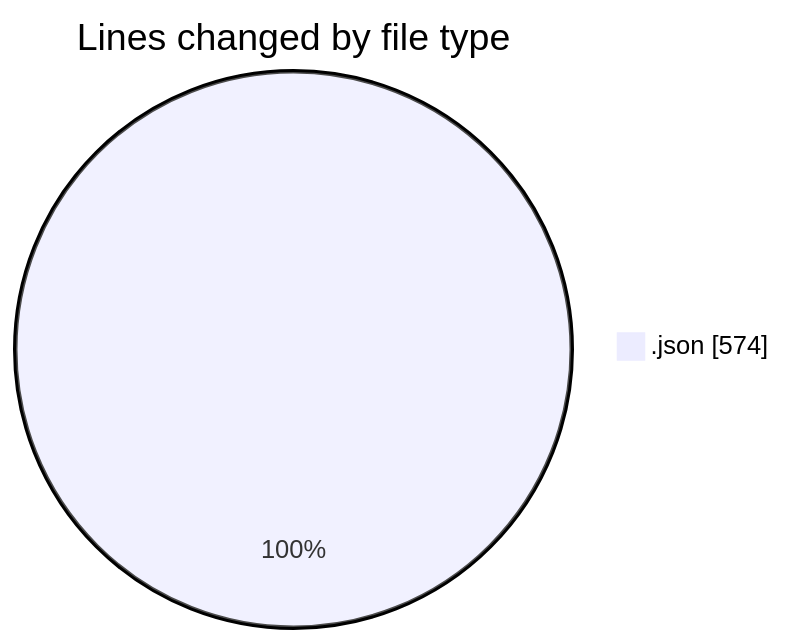
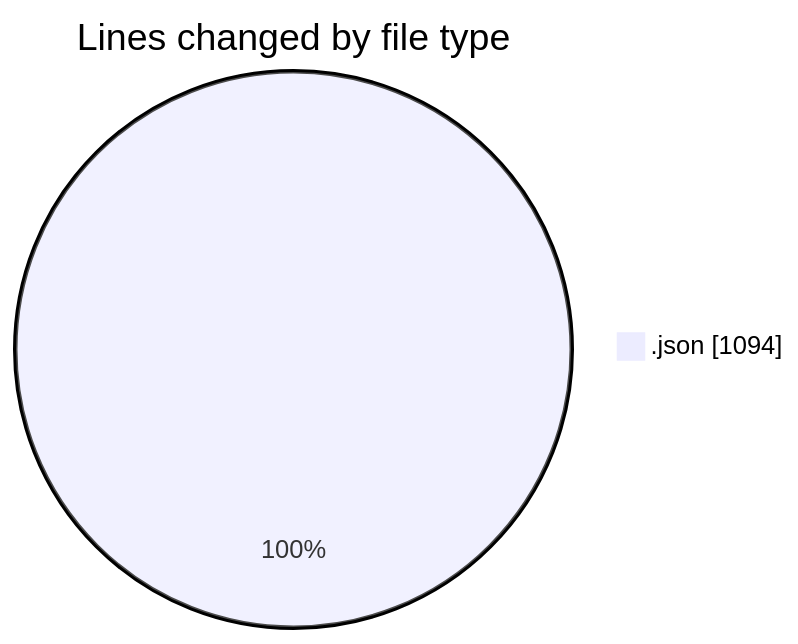
One commit to EIIisD/code-tracking changed the first of 2 diagrams in 2025-07-11/user/README.md. Above: the diagram before and after it, drawn with Mermaid. The commit also changed other lines of this file and 1 other file, not shown here.

````diff
--- a/2025-07-11/user/README.md
+++ b/2025-07-11/user/README.md
@@ -20,5 +21,5 @@
 ```mermaid
 pie showData
 title Lines changed by file type
-".json" : 574
+".json" : 1094
 ```
````
